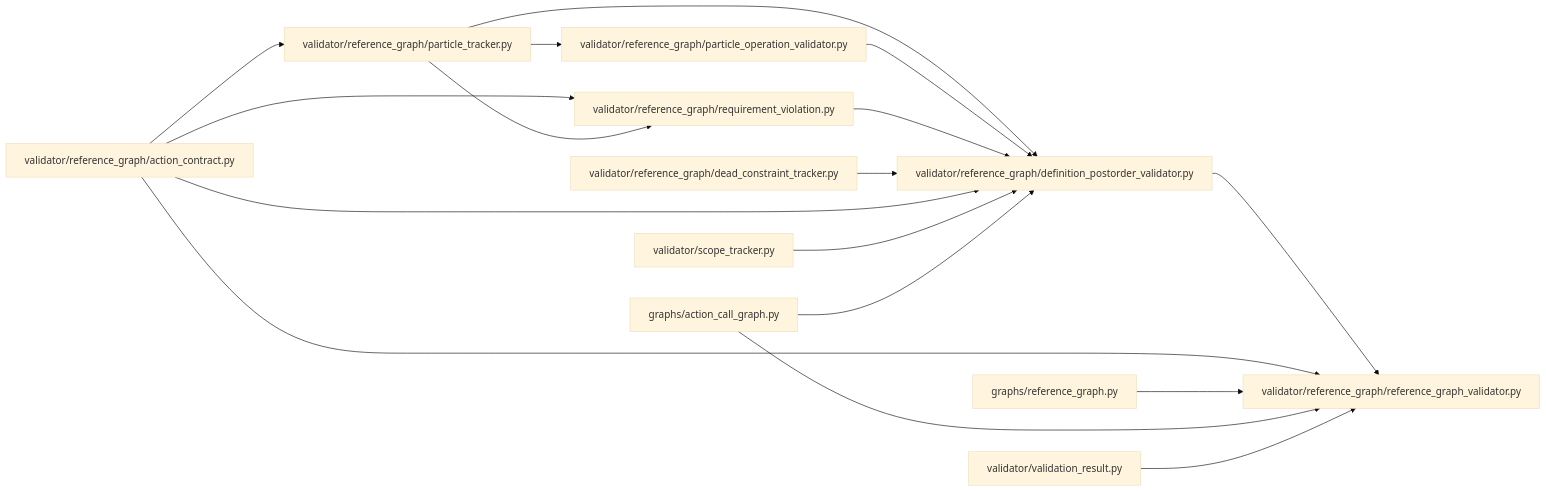
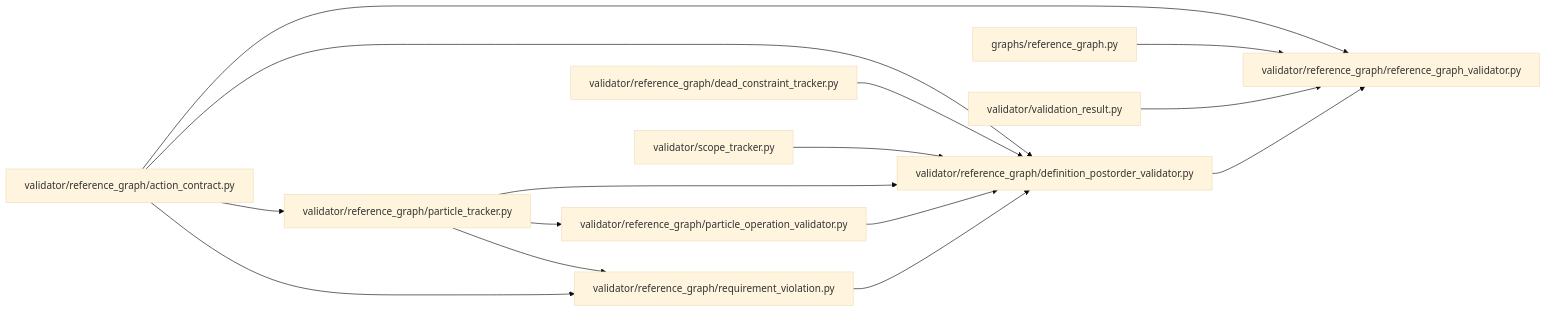
One commit to define-lang/define changed the fifth of 7 diagrams in define/AGENTS.md. Above: the diagram before and after it, drawn with Mermaid (base theme). The commit also changed 55 other files, not shown here.

First line of the commit message:
Derive action graph assertions from validator triggers

````diff
--- a/define/AGENTS.md
+++ b/define/AGENTS.md
@@ -73,20 +73,18 @@
 ```mermaid
 flowchart LR
     ReferenceGraphValidator["validator/reference_graph/reference_graph_validator.py"]
     DefinitionPostorderValidator["validator/reference_graph/definition_postorder_validator.py"] --> ReferenceGraphValidator
     ActionContract["validator/reference_graph/action_contract.py"] --> ReferenceGraphValidator
     ParticleTracker["validator/reference_graph/particle_tracker.py"] --> DefinitionPostorderValidator
     ParticleOperationValidator["validator/reference_graph/particle_operation_validator.py"] --> DefinitionPostorderValidator
     RequirementViolation["validator/reference_graph/requirement_violation.py"] --> DefinitionPostorderValidator
     DeadConstraintTracker["validator/reference_graph/dead_constraint_tracker.py"] --> DefinitionPostorderValidator
     ActionContract --> DefinitionPostorderValidator
     ActionContract --> ParticleTracker
     ActionContract --> RequirementViolation
     ParticleTracker --> ParticleOperationValidator
     ParticleTracker --> RequirementViolation
     ScopeTracker["validator/scope_tracker.py"] --> DefinitionPostorderValidator
     ReferenceGraph["graphs/reference_graph.py"] --> ReferenceGraphValidator
-    ActionCallGraph["graphs/action_call_graph.py"] --> ReferenceGraphValidator
-    ActionCallGraph --> DefinitionPostorderValidator
     ValidationResult["validator/validation_result.py"] --> ReferenceGraphValidator
 ```
````
